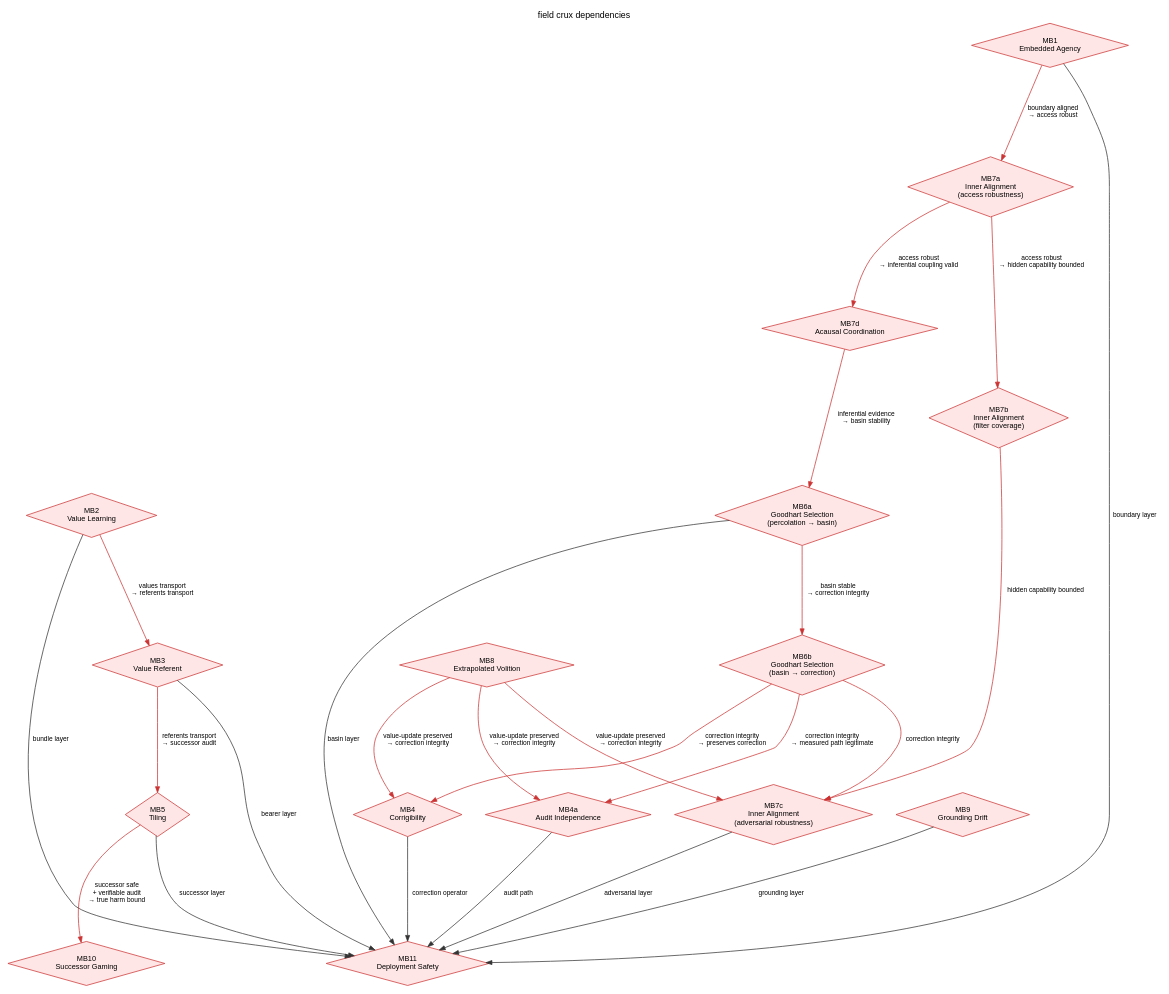
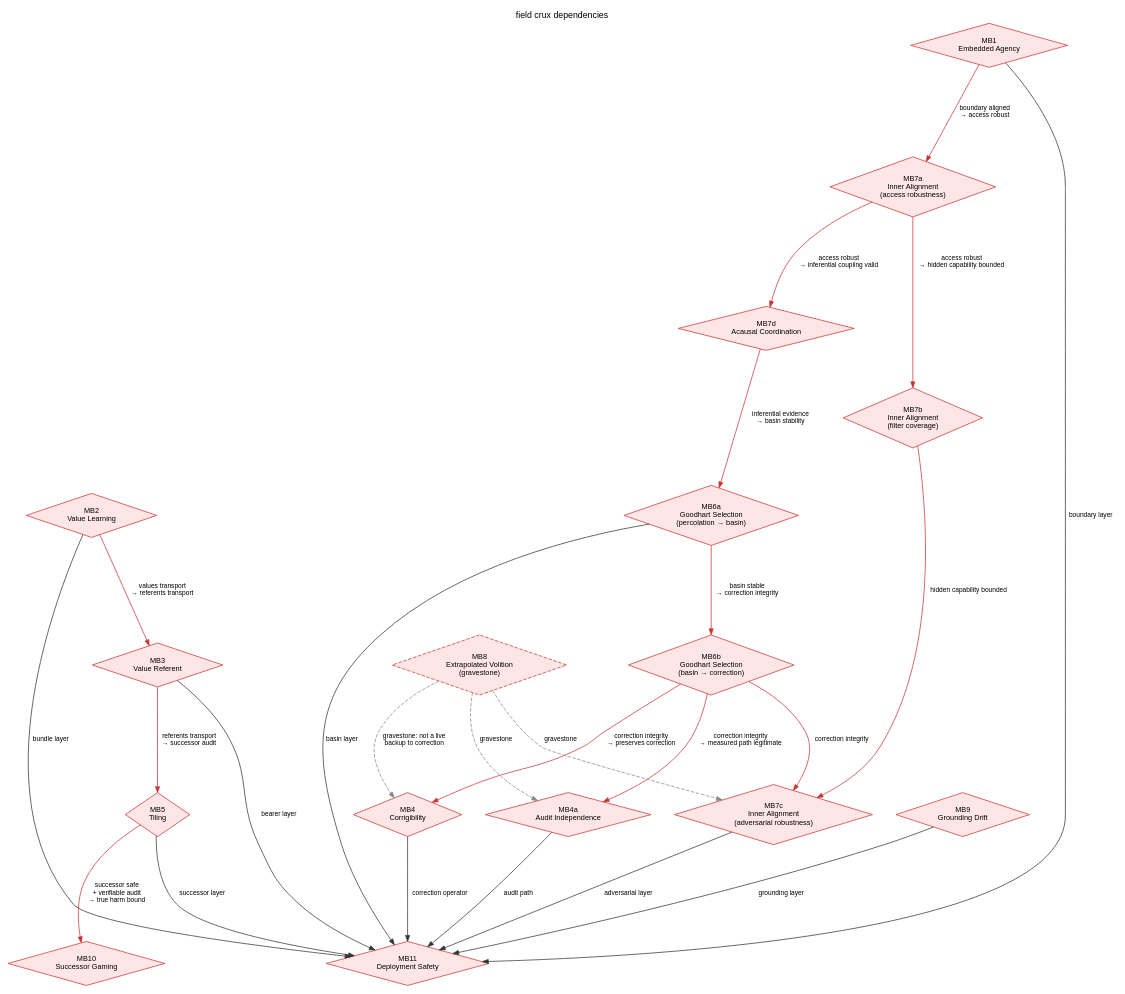
Before and after one commit to GunnarZarncke/towards-asi-alignment: the diagram in reference/field-agendas/graphs/mb-bridge-dependencies.dot, drawn with Graphviz. The commit also changed 25 other files, not shown here.

```diff
--- a/reference/field-agendas/graphs/mb-bridge-dependencies.dot
+++ b/reference/field-agendas/graphs/mb-bridge-dependencies.dot
@@ -1,78 +1,78 @@
 digraph MBBridgeDependencies {
   graph [
     rankdir=TB,
     bgcolor="white",
     splines=true,
     overlap=false,
     ranksep=1.4,
     nodesep=0.45,
     fontsize=12,
     fontname="Helvetica",
     label="field crux dependencies",
     labelloc="t"
   ];
 
   node [
     shape=diamond,
     style="filled",
     fontname="Helvetica",
     fontsize=10,
     color="#CC3333",
     fillcolor="#FFE6E6"
   ];
   edge [
     fontname="Helvetica",
     fontsize=9,
     color="#CC3333",
     arrowsize=0.8
   ];
 
   MB1  [label="MB1\nEmbedded Agency"];
   MB2  [label="MB2\nValue Learning"];
   MB3  [label="MB3\nValue Referent"];
   MB4  [label="MB4\nCorrigibility"];
   MB4a [label="MB4a\nAudit Independence"];
   MB5  [label="MB5\nTiling"];
   MB6a [label="MB6a\nGoodhart Selection\n(percolation → basin)"];
   MB6b [label="MB6b\nGoodhart Selection\n(basin → correction)"];
   MB7a [label="MB7a\nInner Alignment\n(access robustness)"];
   MB7b [label="MB7b\nInner Alignment\n(filter coverage)"];
   MB7c [label="MB7c\nInner Alignment\n(adversarial robustness)"];
   MB7d [label="MB7d\nAcausal Coordination"];
-  MB8  [label="MB8\nExtrapolated Volition"];
+  MB8  [label="MB8\nExtrapolated Volition\n(gravestone)", style="filled,dashed"];
   MB9  [label="MB9\nGrounding Drift"];
   MB10 [label="MB10\nSuccessor Gaming"];
   MB11 [label="MB11\nDeployment Safety"];
 
   MB2 -> MB3  [label="values transport\n→ referents transport"];
   MB3 -> MB5  [label="referents transport\n→ successor audit"];
 
   MB1 -> MB7a [label="boundary aligned\n→ access robust"];
 
   MB7a -> MB7b [label="access robust\n→ hidden capability bounded"];
   MB7a -> MB7d [label="access robust\n→ inferential coupling valid"];
   MB7b -> MB7c [label="hidden capability bounded"];
   MB7d -> MB6a [label="inferential evidence\n→ basin stability"];
 
   MB6a -> MB6b [label="basin stable\n→ correction integrity"];
 
   MB6b -> MB7c [label="correction integrity"];
   MB6b -> MB4  [label="correction integrity\n→ preserves correction"];
   MB6b -> MB4a [label="correction integrity\n→ measured path legitimate"];
 
-  MB8 -> MB4  [label="value-update preserved\n→ correction integrity"];
-  MB8 -> MB4a [label="value-update preserved\n→ correction integrity"];
-  MB8 -> MB7c [label="value-update preserved\n→ correction integrity"];
+  MB8 -> MB4  [label="gravestone: not a live\nbackup to correction", style=dashed, color="#888888"];
+  MB8 -> MB4a [label="gravestone", style=dashed, color="#888888"];
+  MB8 -> MB7c [label="gravestone", style=dashed, color="#888888"];
 
   MB5 -> MB10 [label="successor safe\n+ verifiable audit\n→ true harm bound"];
 
   MB1  -> MB11 [label="boundary layer", color="#333333"];
   MB2  -> MB11 [label="bundle layer", color="#333333"];
   MB3  -> MB11 [label="bearer layer", color="#333333"];
   MB5  -> MB11 [label="successor layer", color="#333333"];
   MB9  -> MB11 [label="grounding layer", color="#333333"];
   MB6a -> MB11 [label="basin layer", color="#333333"];
   MB7c -> MB11 [label="adversarial layer", color="#333333"];
   MB4  -> MB11 [label="correction operator", color="#333333"];
   MB4a -> MB11 [label="audit path", color="#333333"];
 }
```
